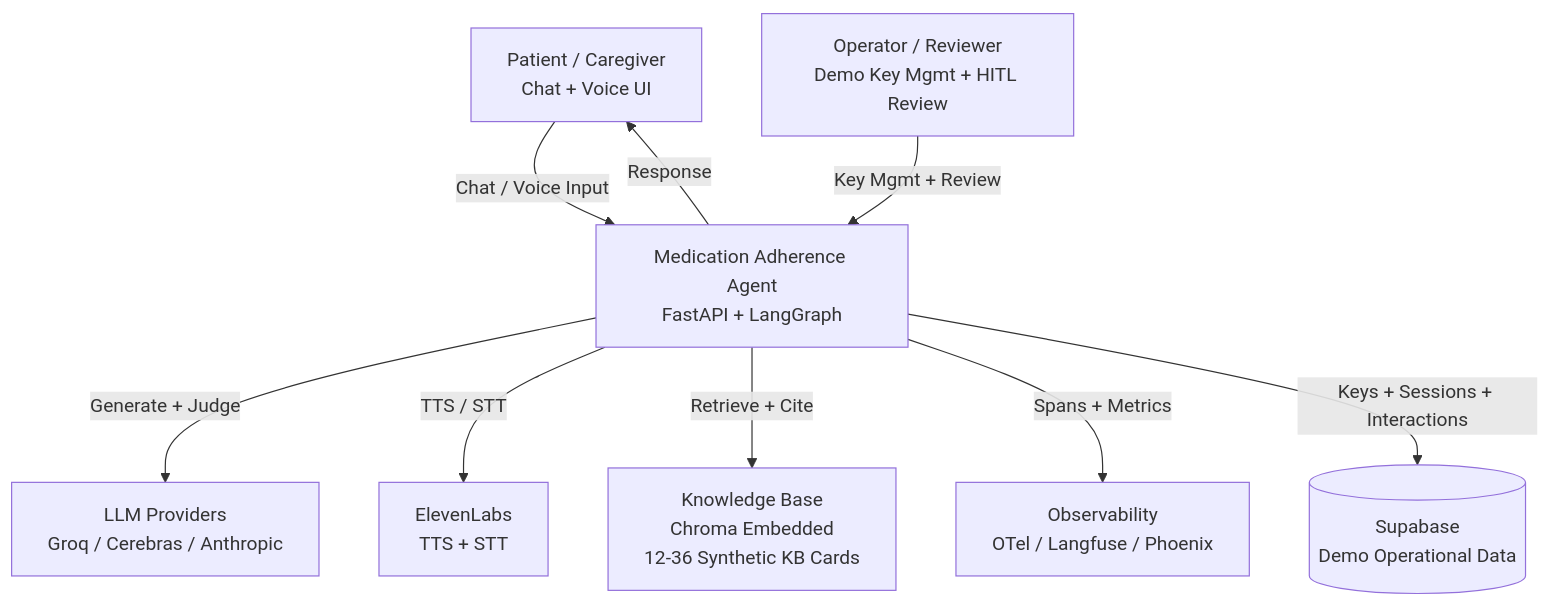
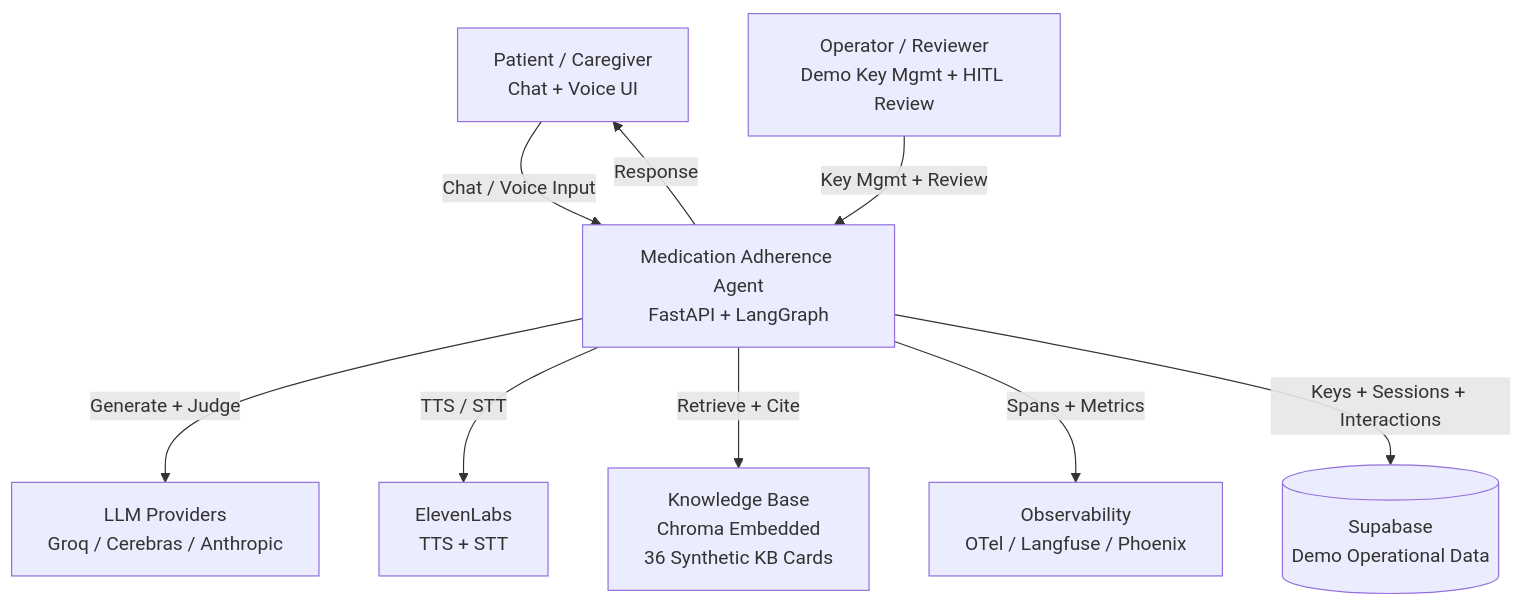
The first of 5 diagrams in src/content/docs/en/reference/enterprise-agent-stack.md (SzematPro/ai-agent-eval-harness-healthtech-docs), drawn with Mermaid before and after one commit. The commit also changed other lines of this file and 38 other files, not shown here.

````diff
--- a/src/content/docs/en/reference/enterprise-agent-stack.md
+++ b/src/content/docs/en/reference/enterprise-agent-stack.md
@@ -28,21 +28,21 @@
 ```mermaid
 graph TB
     Patient[Patient / Caregiver<br/>Chat + Voice UI]
     Operator[Operator / Reviewer<br/>Demo Key Mgmt + HITL Review]
     Agent[Medication Adherence Agent<br/>FastAPI + LangGraph]
 
     LLM[LLM Providers<br/>Groq / Cerebras / Anthropic]
     TTS[ElevenLabs<br/>TTS + STT]
-    KB[Knowledge Base<br/>Chroma Embedded<br/>12-36 Synthetic KB Cards]
+    KB[Knowledge Base<br/>Chroma Embedded<br/>36 Synthetic KB Cards]
     Obs[Observability<br/>OTel / Langfuse / Phoenix]
     Supabase[(Supabase<br/>Demo Operational Data)]
 
     Patient -->|Chat / Voice Input| Agent
     Operator -->|Key Mgmt + Review| Agent
     Agent -->|Generate + Judge| LLM
     Agent -->|TTS / STT| TTS
     Agent -->|Retrieve + Cite| KB
     Agent -->|Spans + Metrics| Obs
     Agent -->|Keys + Sessions + Interactions| Supabase
     Agent -->|Response| Patient
 ```
````
